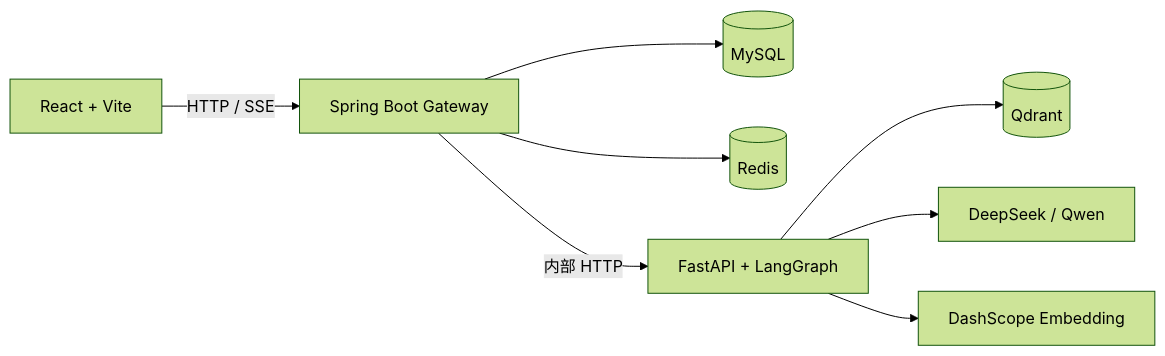
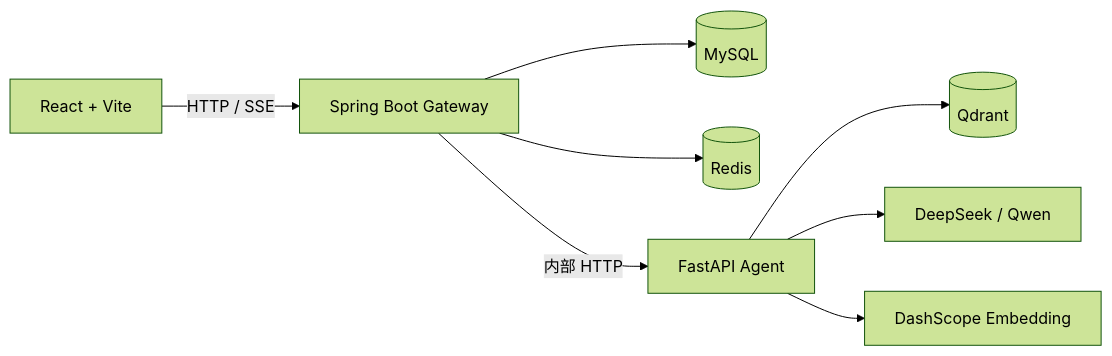
One commit to CoderDongHuang/Mneme changed the diagram in README.md. Above: the diagram before and after it, drawn with Mermaid (forest theme). The commit also changed other lines of this file and 53 other files, not shown here.

````diff
--- a/README.md
+++ b/README.md
@@ -65,10 +65,10 @@
 ```mermaid
 flowchart LR
     U["React + Vite"] -->|"HTTP / SSE"| J["Spring Boot Gateway"]
     J --> M[(MySQL)]
     J --> R[(Redis)]
-    J -->|"内部 HTTP"| P["FastAPI + LangGraph"]
+    J -->|"内部 HTTP"| P["FastAPI Agent"]
     P --> C[(Qdrant)]
     P --> D["DeepSeek / Qwen"]
     P --> E["DashScope Embedding"]
 ```
````
